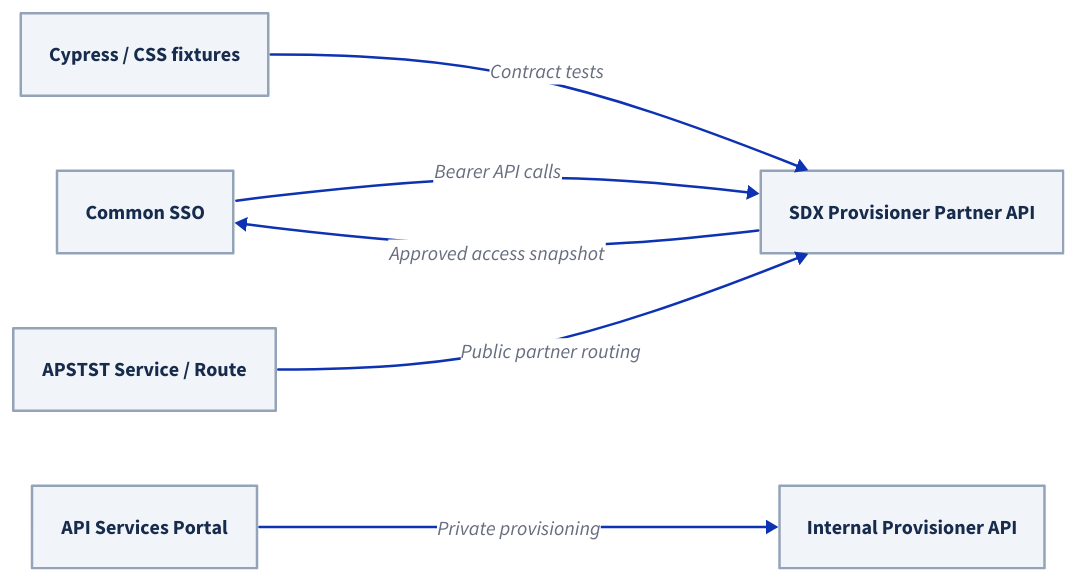
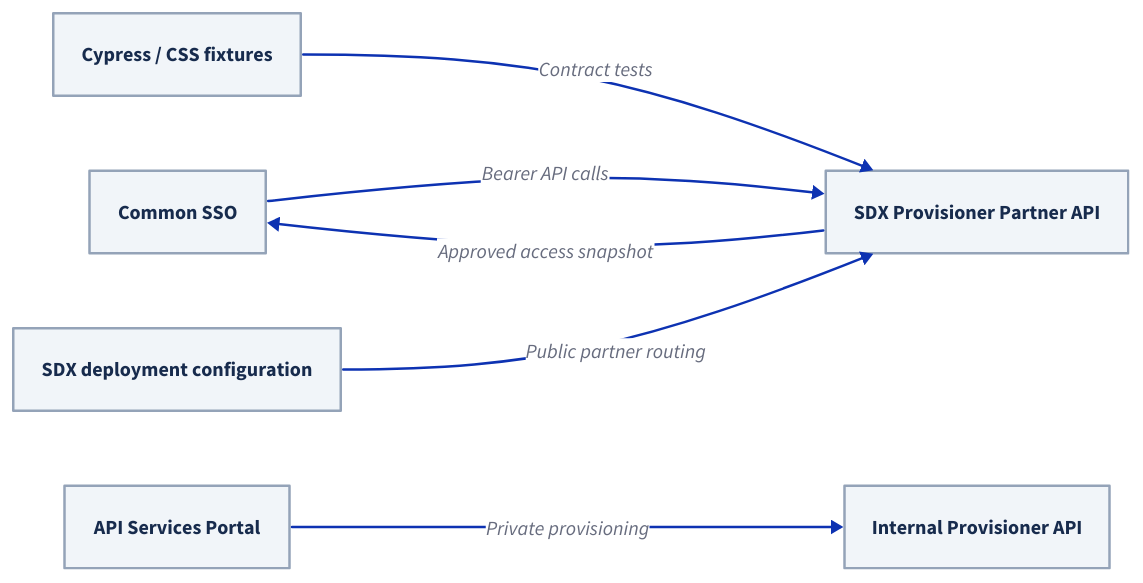
One commit to bcgov/aps-devops changed the diagram in .agents/skills/jira-solution-proposal/assets/architecture-template.d2. Above: the diagram before and after it, drawn with D2. The commit also changed 4 other files, not shown here.

Commit message:
APS-5027 Require top diagram and maintain shared component inventory

```diff
--- a/.agents/skills/jira-solution-proposal/assets/architecture-template.d2
+++ b/.agents/skills/jira-solution-proposal/assets/architecture-template.d2
@@ -1,38 +1,43 @@
 # EDIT THIS FILE to arrange the reusable proposal view.
 # D2 lays out nodes automatically: change direction, grouping and connections.
 # Keep component IDs identical to master-components.json. Labels may be edited.
 # Include only components useful for this view; the master list is broader.
 # Add a registry component by copying its ID and label as a new node below.
 # Ticket highlighting is appended to a COPY; this file stays neutral.
 # Render: d2 architecture-template.d2 architecture-template.svg
 
 direction: right
 classes: {
   context: {style.fill: "#F1F5F9"; style.stroke: "#94A3B8"; style.font-color: "#172B4D"}
   modify: {style.fill: "#FFF2CC"; style.stroke: "#B7791F"}
   add: {style.fill: "#DCFCE7"; style.stroke: "#15803D"}
   remove: {style.fill: "#FEE2E2"; style.stroke: "#B91C1C"; style.stroke-dash: 5}
   uncertain: {style.fill: "#FFF2CC"; style.stroke: "#B7791F"; style.stroke-dash: 5}
 }
 
 # Stable IDs, editable labels. These are logical components, not separate pods.
 css: Common SSO {class: context}
 partner_api: SDX Provisioner Partner API {class: context}
 portal: API Services Portal {class: context}
 provisioner_api: Internal Provisioner API {class: context}
 css_tests: Cypress / CSS fixtures {class: context}
-deployment: APSTST Service / Route {class: context}
+deployment: SDX deployment configuration {class: context}
 
 # Connections describe the proposed view; review against the actual system.
 css -> partner_api: Bearer API calls
 partner_api -> css: Approved access snapshot
 portal -> provisioner_api: Private provisioning
 css_tests -> partner_api: Contract tests
 deployment -> partner_api: Public partner routing
 
 # Example additions from the master list (uncomment when relevant):
 # kong_plugins: Kong OSS plugins {class: context}
-# edge_image: SDX Edge image {class: context}
+# edge_image: SDX access-point image {class: context}
 # kong_plugins -> edge_image: Pinned plugin revision
 # edge_chart: SDX Edge chart {class: context}
 # edge_image -> edge_chart: Image digest
+
+# cp_chart: SDX control-plane chart {class: context} # Planned: APS-5052
+# edge_image -> cp_chart: Same image digest
+# cp_chart -> deployment: Independently pinned chart version
+# feeder: Portal feeder {class: context}
```
